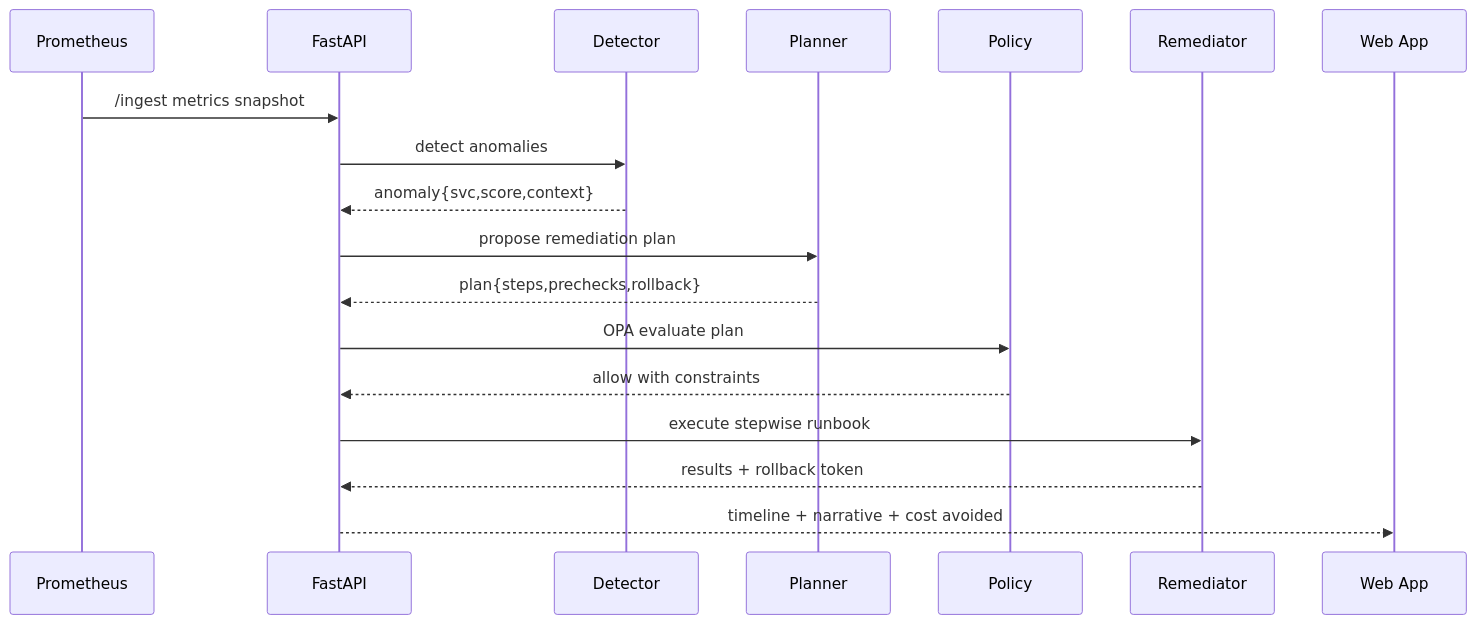
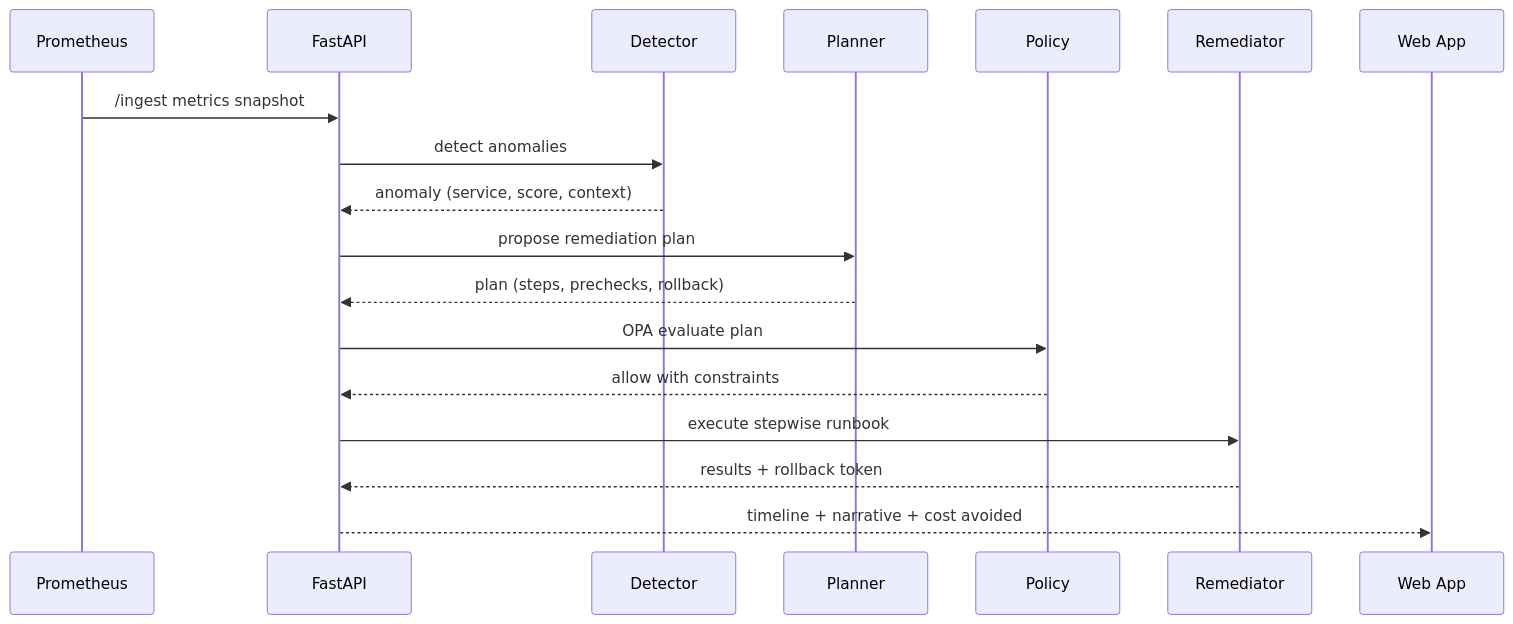
Before and after one commit to aurelius-in/agentic-portfolio: the second of 2 diagrams in docs/architecture/autoops-sentinel.md, drawn with Mermaid. The commit also changed other lines of this file, not shown here.

````diff
--- a/docs/architecture/autoops-sentinel.md
+++ b/docs/architecture/autoops-sentinel.md
@@ -122,21 +70,21 @@
 ```mermaid
 sequenceDiagram
   participant PM as Prometheus
   participant API as FastAPI
   participant DET as Detector
   participant PLN as Planner
   participant POL as Policy
   participant REM as Remediator
   participant UI as Web App
 
   PM->>API: /ingest metrics snapshot
   API->>DET: detect anomalies
-  DET-->>API: anomaly{svc,score,context}
+  DET-->>API: anomaly (service, score, context)
   API->>PLN: propose remediation plan
-  PLN-->>API: plan{steps,prechecks,rollback}
+  PLN-->>API: plan (steps, prechecks, rollback)
   API->>POL: OPA evaluate plan
   POL-->>API: allow with constraints
   API->>REM: execute stepwise runbook
   REM-->>API: results + rollback token
   API-->>UI: timeline + narrative + cost avoided
 ```
````
